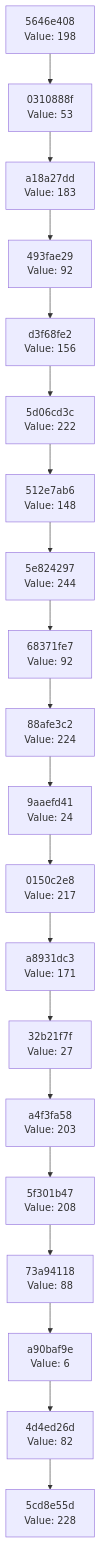
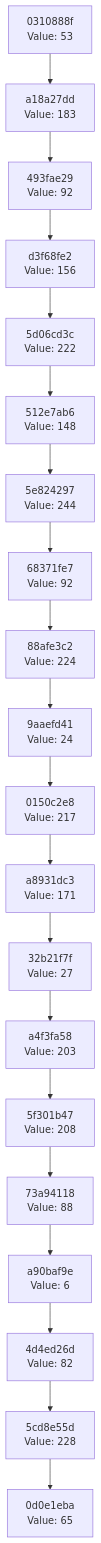
Before and after one commit to Abhisheksinha1506/hash-chain-evolver: the diagram in docs/CHAIN_VISUALIZATION.md, drawn with Mermaid. The commit also changed 2 other files, not shown here.

Commit message:
Evolution Step

````diff
--- a/docs/CHAIN_VISUALIZATION.md
+++ b/docs/CHAIN_VISUALIZATION.md
@@ -3,42 +3,42 @@
 ```mermaid
 graph TD
-    C0["5cd8e55d<br/>Value: 228"]
-    C1["4d4ed26d<br/>Value: 82"]
+    C0["0d0e1eba<br/>Value: 65"]
+    C1["5cd8e55d<br/>Value: 228"]
     C1 --> C0
-    C2["a90baf9e<br/>Value: 6"]
+    C2["4d4ed26d<br/>Value: 82"]
     C2 --> C1
-    C3["73a94118<br/>Value: 88"]
+    C3["a90baf9e<br/>Value: 6"]
     C3 --> C2
-    C4["5f301b47<br/>Value: 208"]
+    C4["73a94118<br/>Value: 88"]
     C4 --> C3
-    C5["a4f3fa58<br/>Value: 203"]
+    C5["5f301b47<br/>Value: 208"]
     C5 --> C4
-    C6["32b21f7f<br/>Value: 27"]
+    C6["a4f3fa58<br/>Value: 203"]
     C6 --> C5
-    C7["a8931dc3<br/>Value: 171"]
+    C7["32b21f7f<br/>Value: 27"]
     C7 --> C6
-    C8["0150c2e8<br/>Value: 217"]
+    C8["a8931dc3<br/>Value: 171"]
     C8 --> C7
-    C9["9aaefd41<br/>Value: 24"]
+    C9["0150c2e8<br/>Value: 217"]
     C9 --> C8
-    C10["88afe3c2<br/>Value: 224"]
+    C10["9aaefd41<br/>Value: 24"]
     C10 --> C9
-    C11["68371fe7<br/>Value: 92"]
+    C11["88afe3c2<br/>Value: 224"]
     C11 --> C10
-    C12["5e824297<br/>Value: 244"]
+    C12["68371fe7<br/>Value: 92"]
     C12 --> C11
-    C13["512e7ab6<br/>Value: 148"]
+    C13["5e824297<br/>Value: 244"]
     C13 --> C12
-    C14["5d06cd3c<br/>Value: 222"]
+    C14["512e7ab6<br/>Value: 148"]
     C14 --> C13
-    C15["d3f68fe2<br/>Value: 156"]
+    C15["5d06cd3c<br/>Value: 222"]
     C15 --> C14
-    C16["493fae29<br/>Value: 92"]
+    C16["d3f68fe2<br/>Value: 156"]
     C16 --> C15
-    C17["a18a27dd<br/>Value: 183"]
+    C17["493fae29<br/>Value: 92"]
     C17 --> C16
-    C18["0310888f<br/>Value: 53"]
+    C18["a18a27dd<br/>Value: 183"]
     C18 --> C17
-    C19["5646e408<br/>Value: 198"]
+    C19["0310888f<br/>Value: 53"]
     C19 --> C18
 ```
````
